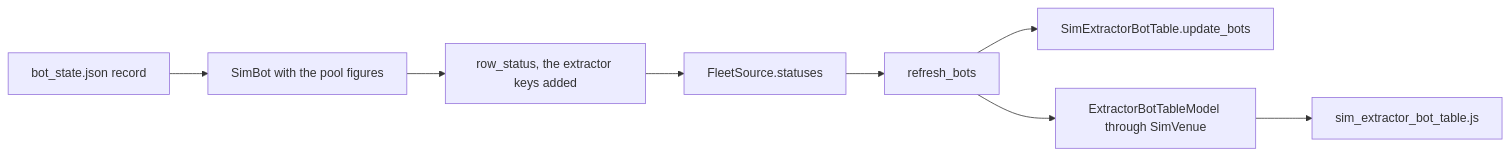
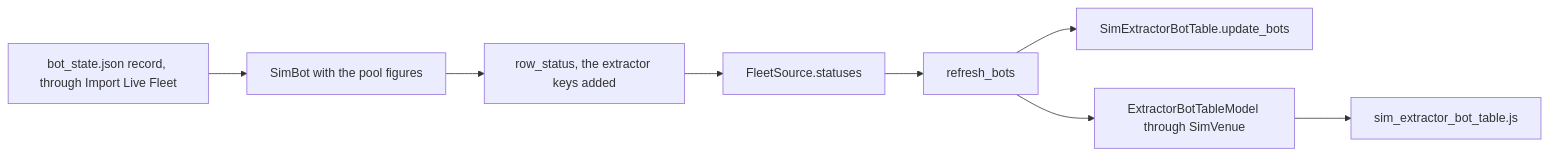
Before and after one commit to Acervator-LLC/ACERVATOR: the seventh of 18 diagrams in docs/manual/08-tabs/simulator.md, drawn with Mermaid. The commit also changed other lines of this file and 3 other files, not shown here.

````diff
--- a/docs/manual/08-tabs/simulator.md
+++ b/docs/manual/08-tabs/simulator.md
@@ -702,10 +2014,10 @@
 ```mermaid
 flowchart LR
-    file[bot_state.json record] --> rec[SimBot with the pool figures]
+    file[bot_state.json record, through Import Live Fleet] --> rec[SimBot with the pool figures]
     rec --> status[row_status, the extractor keys added]
     status --> src[FleetSource.statuses]
     src --> refresh[refresh_bots]
     refresh --> qt[SimExtractorBotTable.update_bots]
     refresh --> react[ExtractorBotTableModel through SimVenue]
     react --> page[sim_extractor_bot_table.js]
 ```
````
